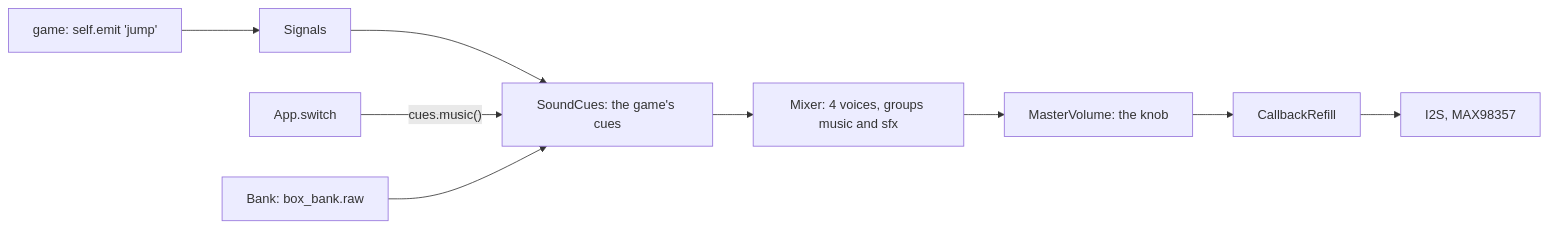
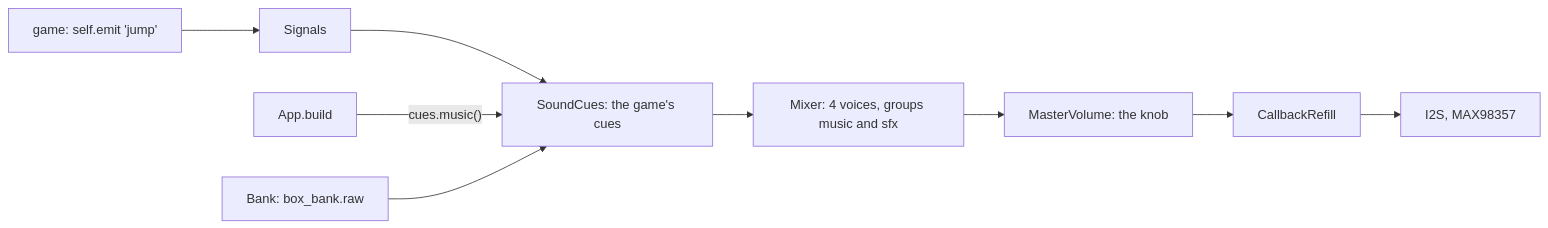
The diagram in docs/sound.md (xmejkal/pixel-games), drawn with Mermaid before and after one commit. The commit also changed other lines of this file and 5 other files, not shown here.

````diff
--- a/docs/sound.md
+++ b/docs/sound.md
@@ -5,9 +5,9 @@
 ```mermaid
 flowchart LR
   G[game: self.emit 'jump'] --> S[Signals]
   S --> C[SoundCues: the game's cues]
-  A[App.switch] -- "cues.music()" --> C
+  A[App.build] -- "cues.music()" --> C
   B[Bank: box_bank.raw] --> C
   C --> M[Mixer: 4 voices, groups music and sfx]
   M --> V[MasterVolume: the knob] --> R[CallbackRefill] --> I[I2S, MAX98357]
 ```
````
